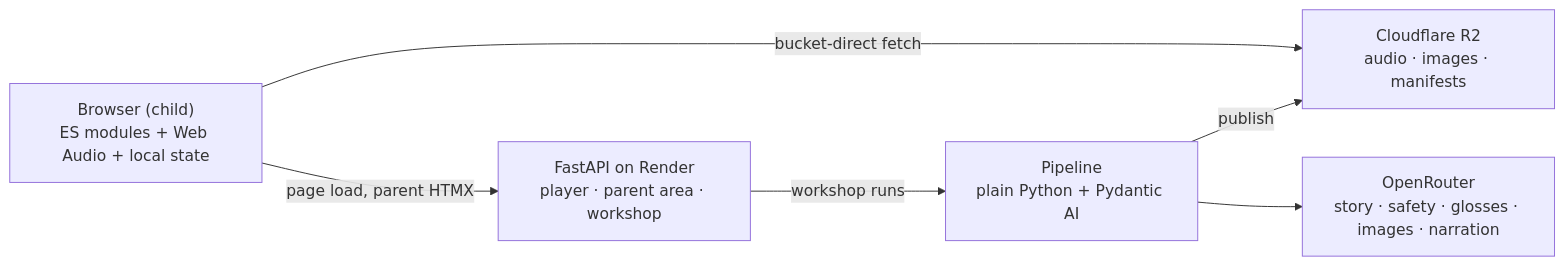
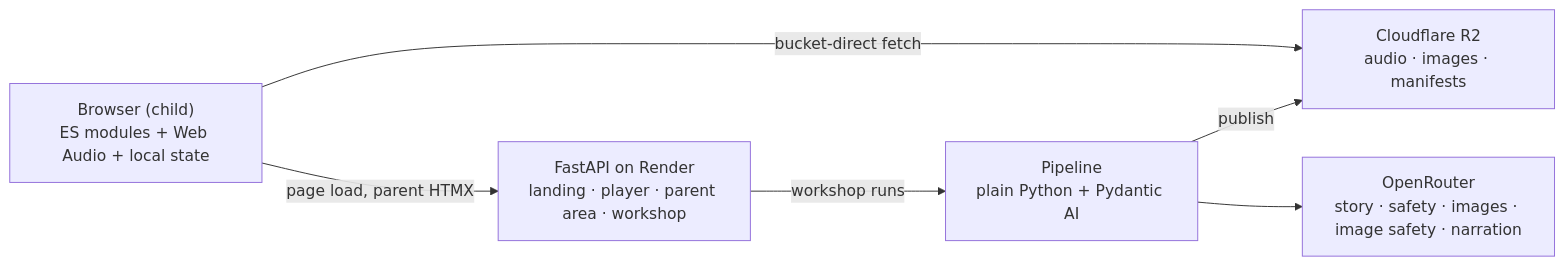
The diagram in README.md (darth-dodo/cantastorie), drawn with Mermaid before and after one commit. The commit also changed other lines of this file and 10 other files, not shown here.

````diff
--- a/README.md
+++ b/README.md
@@ -92,14 +92,14 @@
 ```mermaid
 graph LR
     B["Browser (child)<br/>ES modules + Web Audio + local state"]
     R2["Cloudflare R2<br/>audio · images · manifests"]
-    F["FastAPI on Render<br/>player · parent area · workshop"]
+    F["FastAPI on Render<br/>landing · player · parent area · workshop"]
     P["Pipeline<br/>plain Python + Pydantic AI"]
-    OR["OpenRouter<br/>story · safety · glosses · images · narration"]
+    OR["OpenRouter<br/>story · safety · images · image safety · narration"]
 
     B -- "bucket-direct fetch" --> R2
     B -- "page load, parent HTMX" --> F
     F -- "workshop runs" --> P
     P -- "publish" --> R2
     P --> OR
 ```
````
